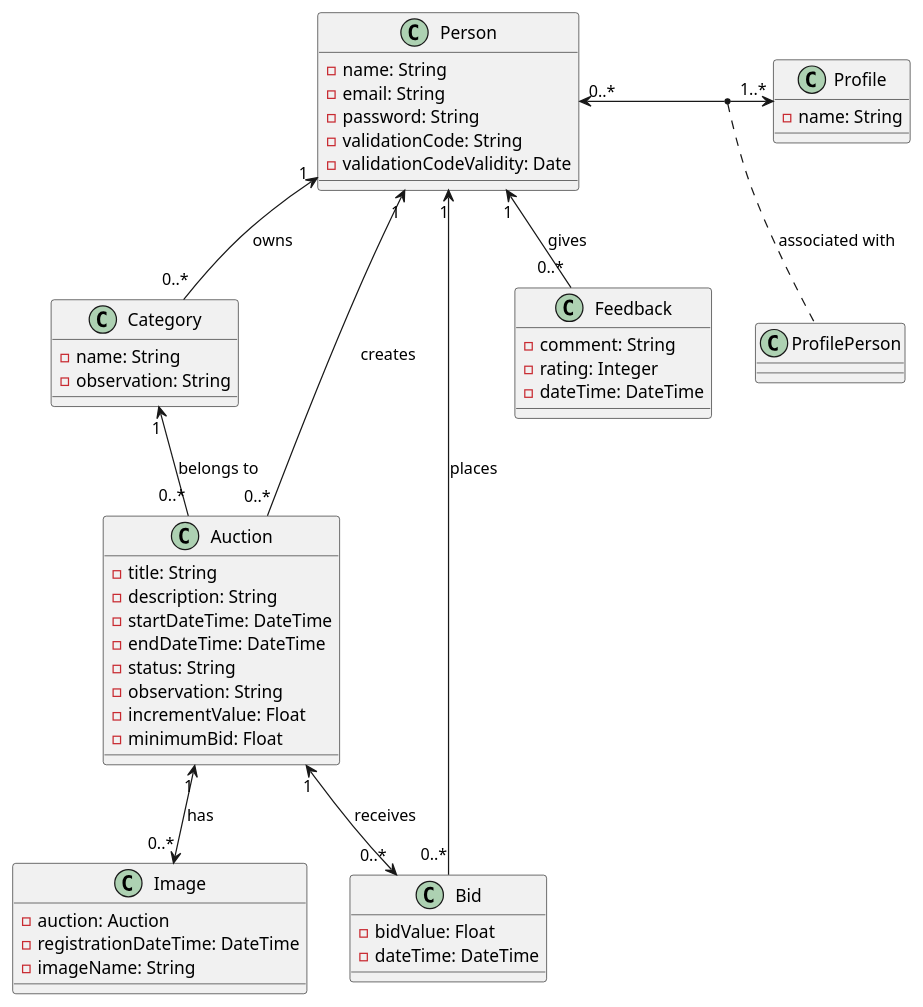
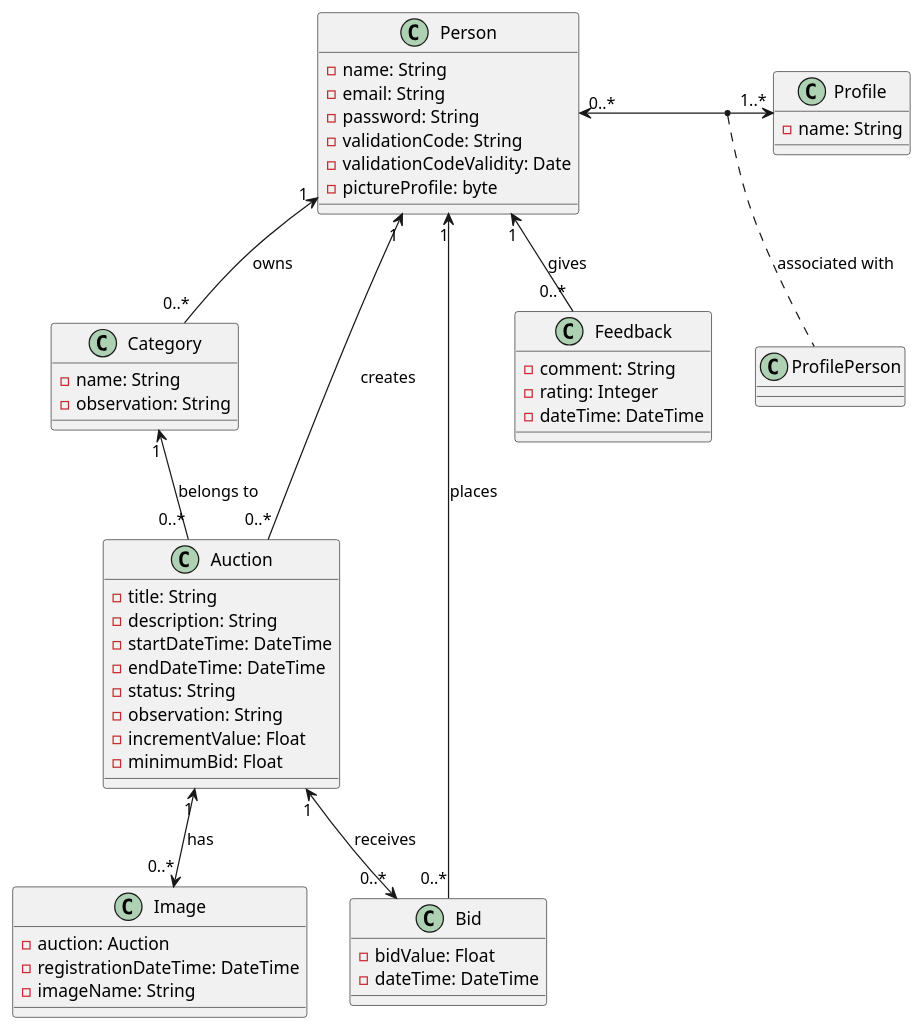
One commit to MShiguemoto/Projeto-Leilao changed the diagram in Diagrama.wsd. Above: the diagram before and after it, drawn with PlantUML.

Commit message:
ajuste diagrama de classe

```diff
--- a/Diagrama.wsd
+++ b/Diagrama.wsd
@@ -1,62 +1,63 @@
 @startuml
 class Person {
     - name: String
     - email: String
     - password: String
     - validationCode: String
     - validationCodeValidity: Date
+    - pictureProfile: byte
 }
 
 class Profile {
     - name: String
 }
 
 class Category {
     - name: String
     - observation: String
 }
 
 class Auction {
     - title: String
     - description: String
     - startDateTime: DateTime
     - endDateTime: DateTime
     - status: String
     - observation: String
     - incrementValue: Float
     - minimumBid: Float
 }
 
 class Image {
     - auction: Auction
     - registrationDateTime: DateTime
     - imageName: String
 }
 
 class Bid {
     - bidValue: Float
     - dateTime: DateTime
 }
 
 class Feedback {
     - comment: String
     - rating: Integer
     - dateTime: DateTime
 }
 
 class ProfilePerson {
 
 }
  
 /' Person "1" -- "0..*" ProfilePerson : associated with
 Profile "1" -- "0..*" ProfilePerson : associated with '/
 Person "0..*" <-> "1..*" Profile
 (Person, Profile) .. ProfilePerson : associated with
 Category "1" <-- "0..*" Auction : belongs to
 Person "1" <-- "0..*" Auction : creates
 Auction "1" <--> "0..*" Image : has
 Auction "1" <--> "0..*" Bid : receives
 Person "1" <-- "0..*" Bid : places
 Person "1" <-- "0..*" Feedback : gives
 Person "1" <-- "0..*" Category : owns
 @enduml
```
